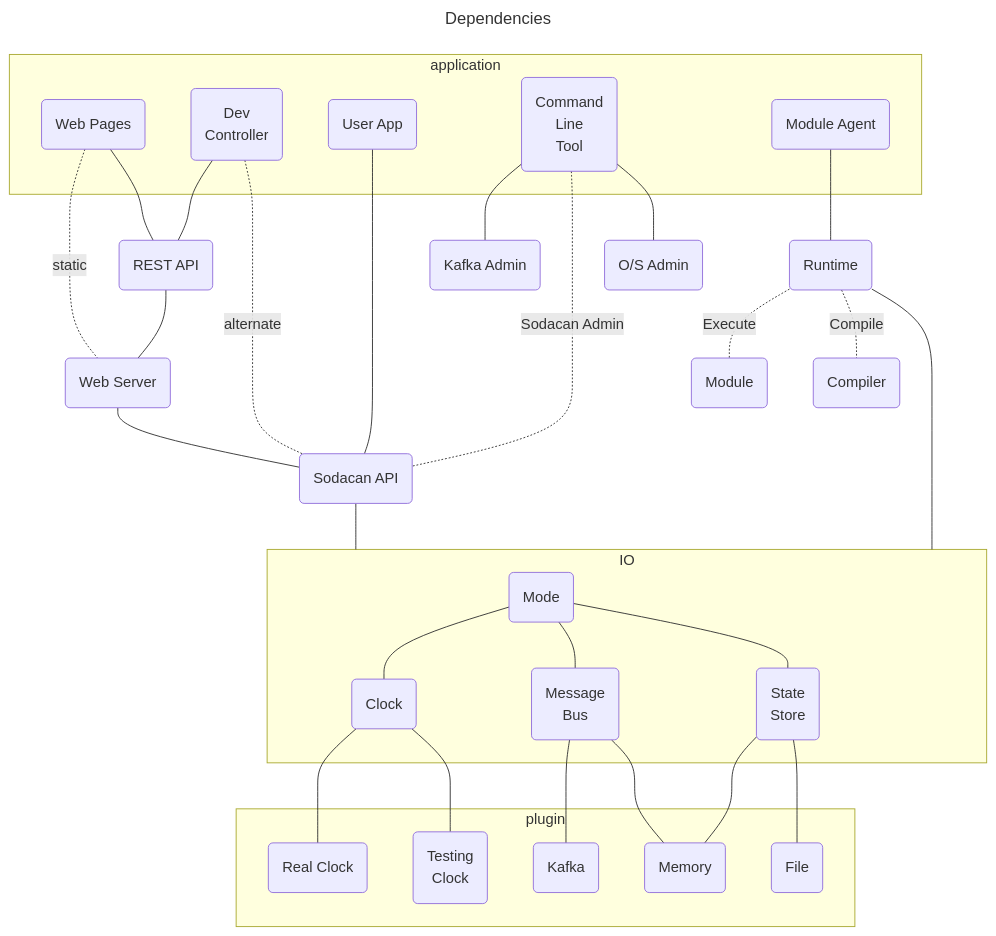
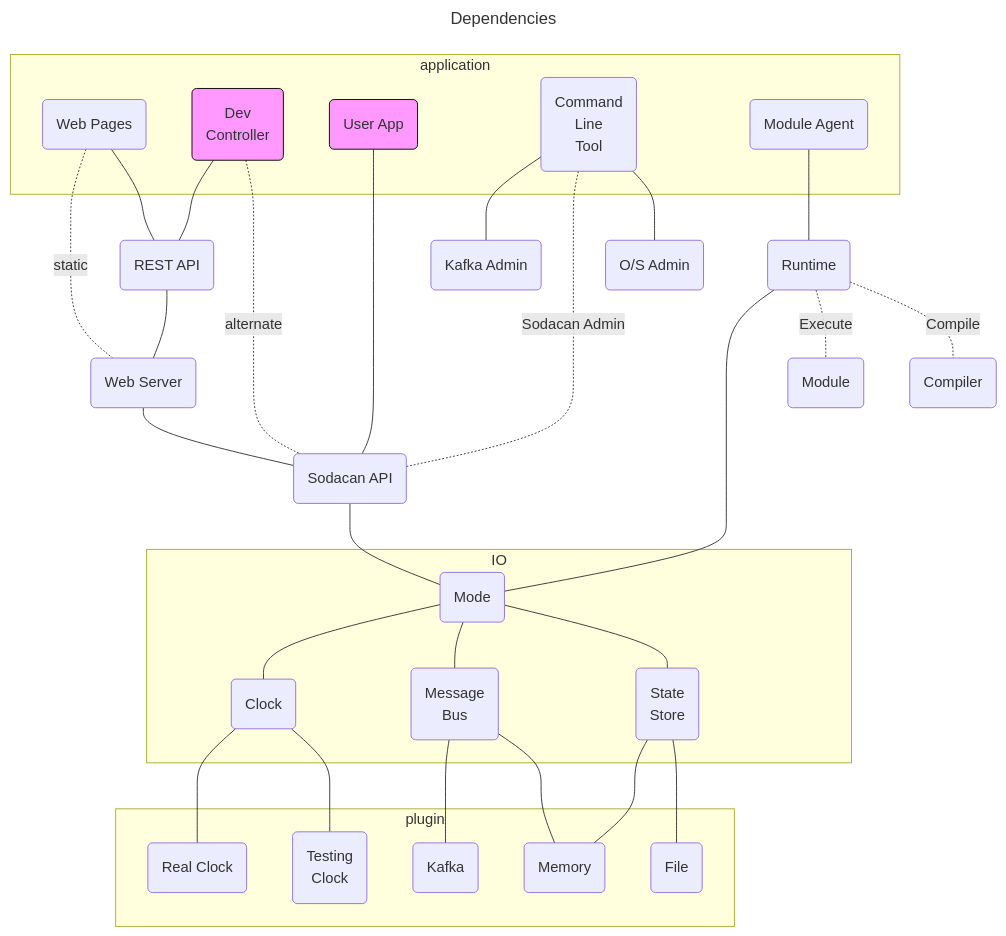
Before and after one commit to sodacan-net/sodacan-core: the fourth of 5 diagrams in documentation/architecture.md, drawn with Mermaid.

````diff
--- a/documentation/architecture.md
+++ b/documentation/architecture.md
@@ -87,59 +87,61 @@
 ```mermaid
 ---
 title: Dependencies
 ---
 flowchart TB;
 subgraph application
   wp(Web Pages)
   dc(Dev<br/>Controller)
+  style dc fill:#f9f,stroke:#000
   ua(User App)
+  style ua fill:#f9f,stroke:#000
   cli(Command<br/>Line<br/>Tool)
   ag(Module Agent)
 end
 subgraph IO
   mod(Mode)
   ss(State<br/>Store)
   mb(Message<br/>Bus)
   cl(Clock)
 end
 ap(Sodacan API)
 co(Compiler)
 ka(Kafka Admin)
 m(Module)
 oa(O/S Admin)
 ra(REST API)
 rt(Runtime)
 ws(Web Server)
 cli --- ka
 cli -.Sodacan Admin.- ap
 cli --- oa
-ap --- IO
 ag --- rt
-rt --- IO
+ap --- mod
+rt --- mod
 rt -.Execute.- m
 rt -.Compile.- co
 mod --- cl
 mod --- mb
 ra --- ws
 ws --- ap
 ua --- ap
 dc --- ra
 dc -.alternate.- ap
 wp -.static.- ws
 wp --- ra
 mb --- k
 cl --- rtc
 cl --- tc
 mod --- ss
 ss --- mem
 mb --- mem
 ss --- f
 subgraph plugin
   f(File)
   k(Kafka)
   tc(Testing<br/>Clock)
   rtc(Real Clock)
   mem(Memory)
 end
 
 ```
````
